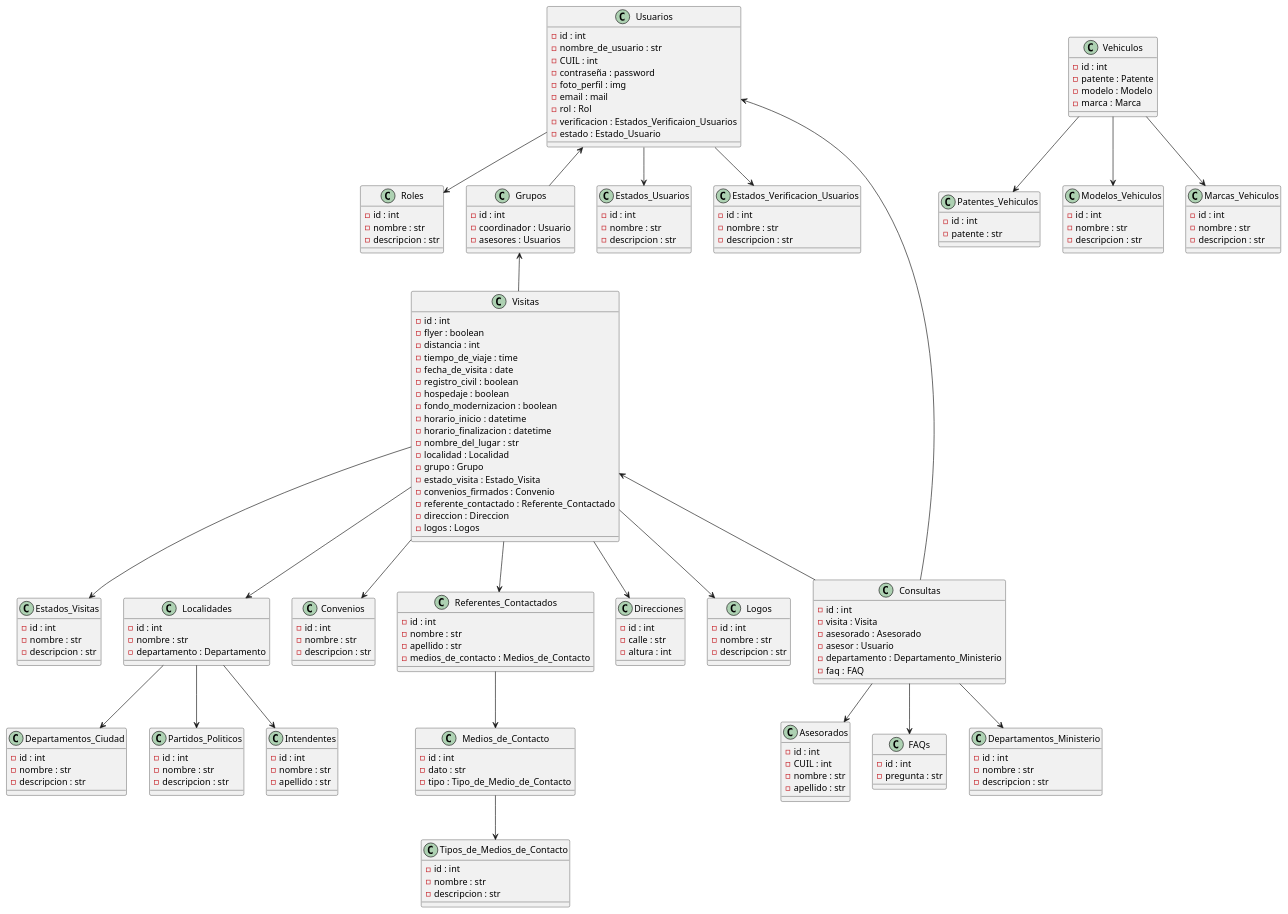
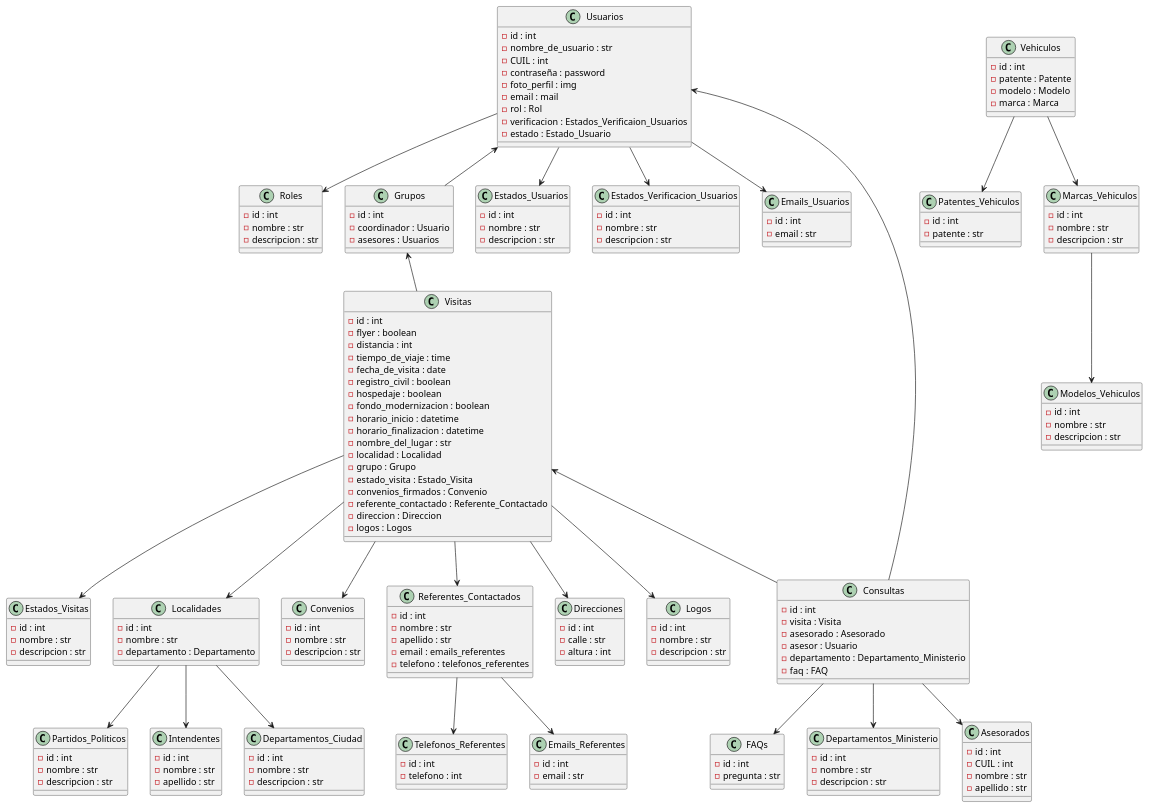
Before and after one commit to MateMar04/financiation: the diagram in Database_Source/diagram.wsd, drawn with PlantUML.

Commit message:
Updated diagram

```diff
--- a/Database_Source/diagram.wsd
+++ b/Database_Source/diagram.wsd
@@ -110,18 +110,6 @@
     -descripcion : str
 }
 
-class Medios_de_Contacto {
-    -id : int
-    -dato : str
-    -tipo : Tipo_de_Medio_de_Contacto
-}
-
-class Tipos_de_Medios_de_Contacto {
-    -id : int
-    -nombre : str
-    -descripcion : str
-}
-
 class Convenios {
     -id : int
     -nombre : str
@@ -132,8 +120,8 @@
     -id : int
     -nombre : str
     -apellido : str
-    -medios_de_contacto : Medios_de_Contacto
-
+    -email : emails_referentes
+    -telefono : telefonos_referentes
 }
 
 class Direcciones {
@@ -177,11 +165,26 @@
     -descripcion : str
 }
 
+class Emails_Usuarios {
+    -id : int
+    -email : str
+}
+
+class Emails_Referentes {
+    -id : int
+    -email : str
+}
+
+class Telefonos_Referentes {
+    -id : int
+    -telefono : int
+}
 
 Usuarios --> Roles
 Usuarios <-- Grupos
 Usuarios --> Estados_Usuarios
 Usuarios --> Estados_Verificacion_Usuarios
+Usuarios --> Emails_Usuarios
 Grupos <-- Visitas
 Visitas <-- Consultas
 Visitas --> Localidades
@@ -197,10 +200,10 @@
 Consultas --> Usuarios
 Consultas --> Asesorados
 Consultas --> Departamentos_Ministerio
-Referentes_Contactados --> Medios_de_Contacto
-Medios_de_Contacto --> Tipos_de_Medios_de_Contacto
+Referentes_Contactados --> Emails_Referentes
+Referentes_Contactados --> Telefonos_Referentes
 Vehiculos --> Patentes_Vehiculos
-Vehiculos --> Modelos_Vehiculos
 Vehiculos --> Marcas_Vehiculos
+Marcas_Vehiculos --> Modelos_Vehiculos
 
 @enduml
```
